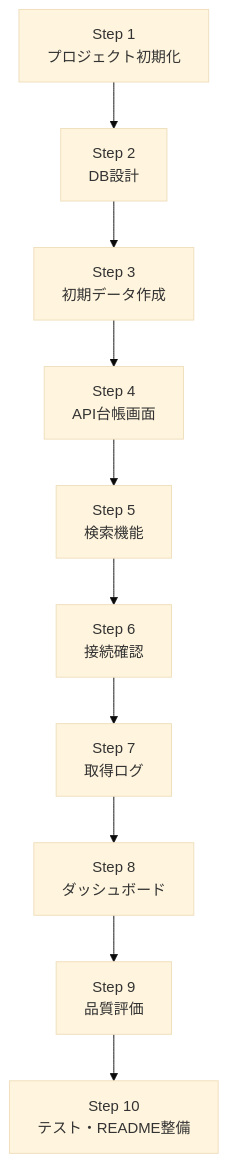
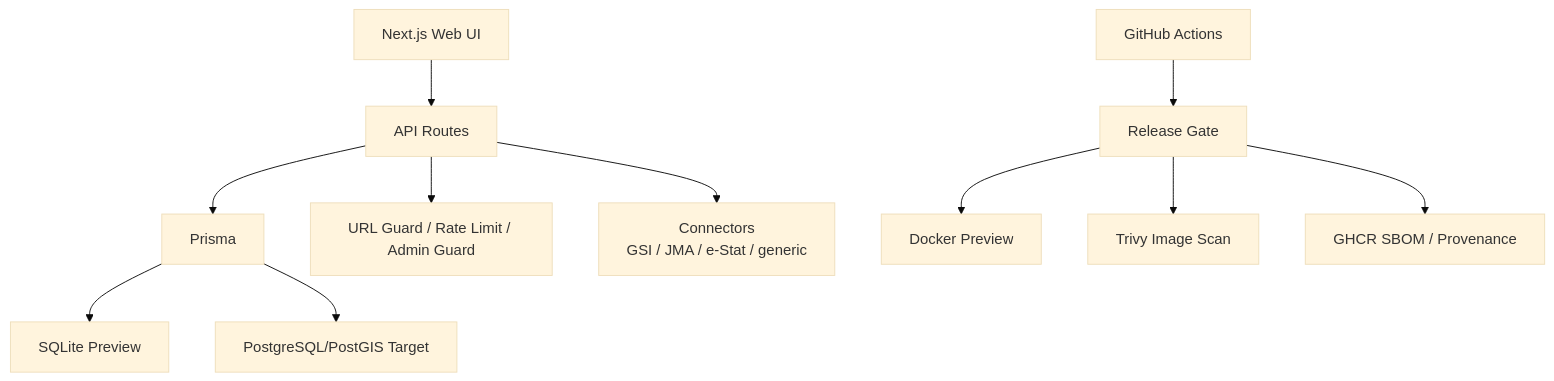
Before and after one commit to Kensan196948G/Civil-Open-Data-Intelligence-Platform: the third of 3 diagrams in README.md, drawn with Mermaid (base theme). The commit also changed other lines of this file and 143 other files, not shown here.

````diff
--- a/README.md
+++ b/README.md
@@ -645,12 +97,13 @@
 ```mermaid
 flowchart TD
-    A["Step 1<br>プロジェクト初期化"] --> B["Step 2<br>DB設計"]
-    B --> C["Step 3<br>初期データ作成"]
-    C --> D["Step 4<br>API台帳画面"]
-    D --> E["Step 5<br>検索機能"]
-    E --> F["Step 6<br>接続確認"]
-    F --> G["Step 7<br>取得ログ"]
-    G --> H["Step 8<br>ダッシュボード"]
-    H --> I["Step 9<br>品質評価"]
-    I --> J["Step 10<br>テスト・README整備"]
+    A["Next.js Web UI"] --> B["API Routes"]
+    B --> C["Prisma"]
+    C --> D["SQLite Preview"]
+    C --> E["PostgreSQL/PostGIS Target"]
+    B --> F["URL Guard / Rate Limit / Admin Guard"]
+    B --> G["Connectors<br>GSI / JMA / e-Stat / generic"]
+    H["GitHub Actions"] --> I["Release Gate"]
+    I --> J["Docker Preview"]
+    I --> K["Trivy Image Scan"]
+    I --> L["GHCR SBOM / Provenance"]
 ```
````
